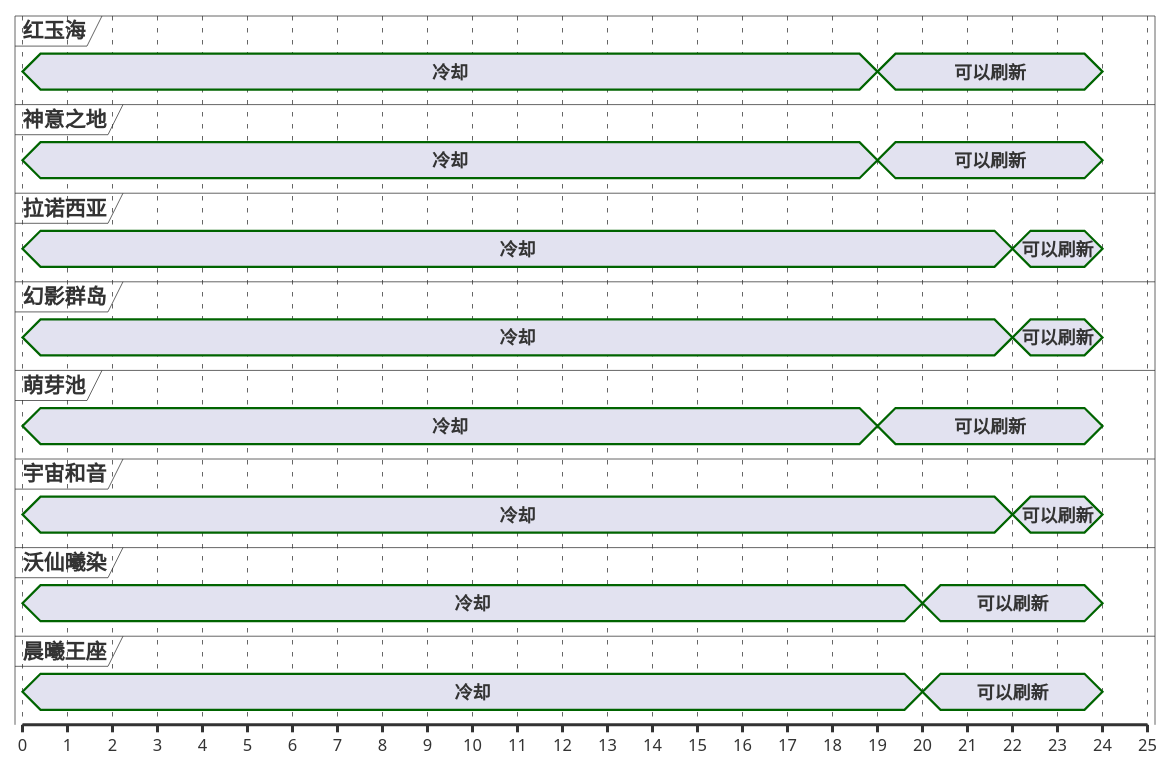
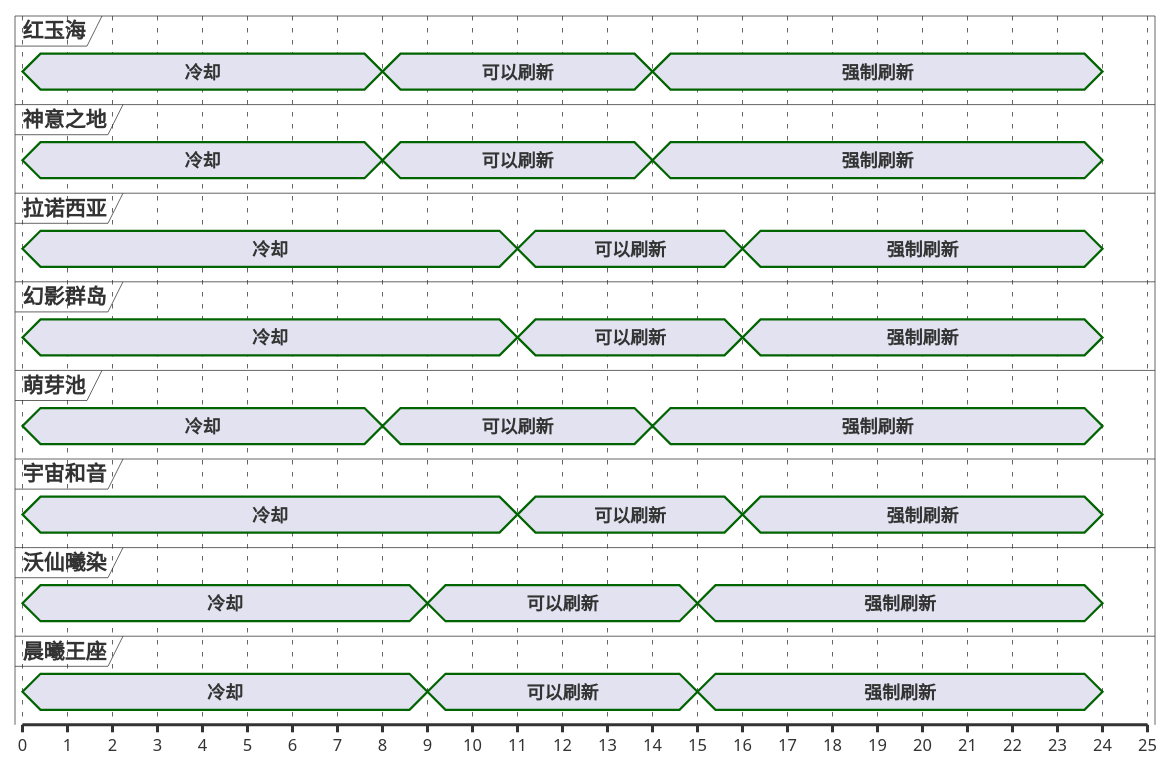
The first of 13 diagrams in ffxiv/hunt/2.0/Chernobog.md (Eroleice/doc-pi), drawn with PlantUML before and after one commit. The commit also changed other lines of this file and 38 other files, not shown here.

````diff
--- a/ffxiv/hunt/2.0/Chernobog.md
+++ b/ffxiv/hunt/2.0/Chernobog.md
@@ -33,55 +33,63 @@
 ```plantuml
 @startuml
 scale 1 as 30 pixels
 
 concise 红玉海
 concise 神意之地
 concise 拉诺西亚
 concise 幻影群岛
 concise 萌芽池
 concise 宇宙和音
 concise 沃仙曦染
 concise 晨曦王座
 
 @红玉海
 0 is 冷却
-19 is 可以刷新
+8 is 可以刷新
+14 is 强制刷新
 24 is {hidden}
 
 @萌芽池
 0 is 冷却
-19 is 可以刷新
+8 is 可以刷新
+14 is 强制刷新
 24 is {hidden}
 
 @神意之地
 0 is 冷却
-19 is 可以刷新
+8 is 可以刷新
+14 is 强制刷新
 24 is {hidden}
 
 @沃仙曦染
 0 is 冷却
-20 is 可以刷新
+9 is 可以刷新
+15 is 强制刷新
 24 is {hidden}
 
 @晨曦王座
 0 is 冷却
-20 is 可以刷新
+9 is 可以刷新
+15 is 强制刷新
 24 is {hidden}
 
 @拉诺西亚
 0 is 冷却
-22 is 可以刷新
+11 is 可以刷新
+16 is 强制刷新
 24 is {hidden}
 
 @幻影群岛
 0 is 冷却
-22 is 可以刷新
+11 is 可以刷新
+16 is 强制刷新
 24 is {hidden}
 
 @宇宙和音
 0 is 冷却
-22 is 可以刷新
+11 is 可以刷新
+16 is 强制刷新
 24 is {hidden}
 
 @enduml
 ```
````
